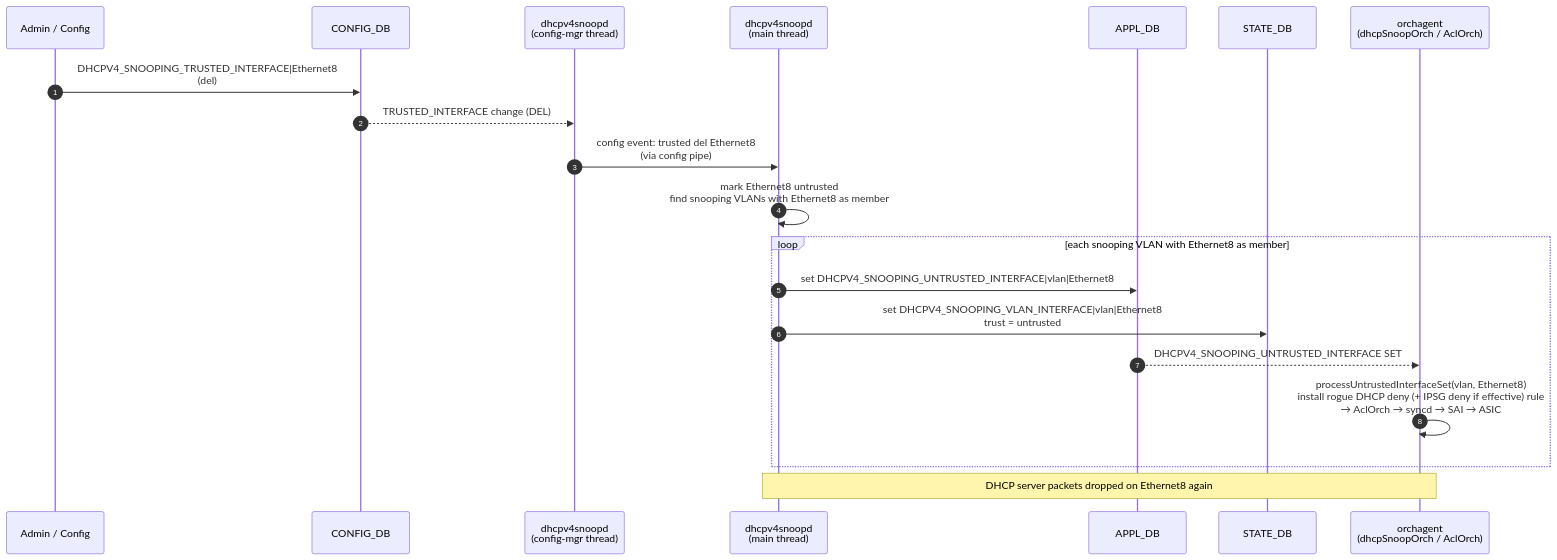
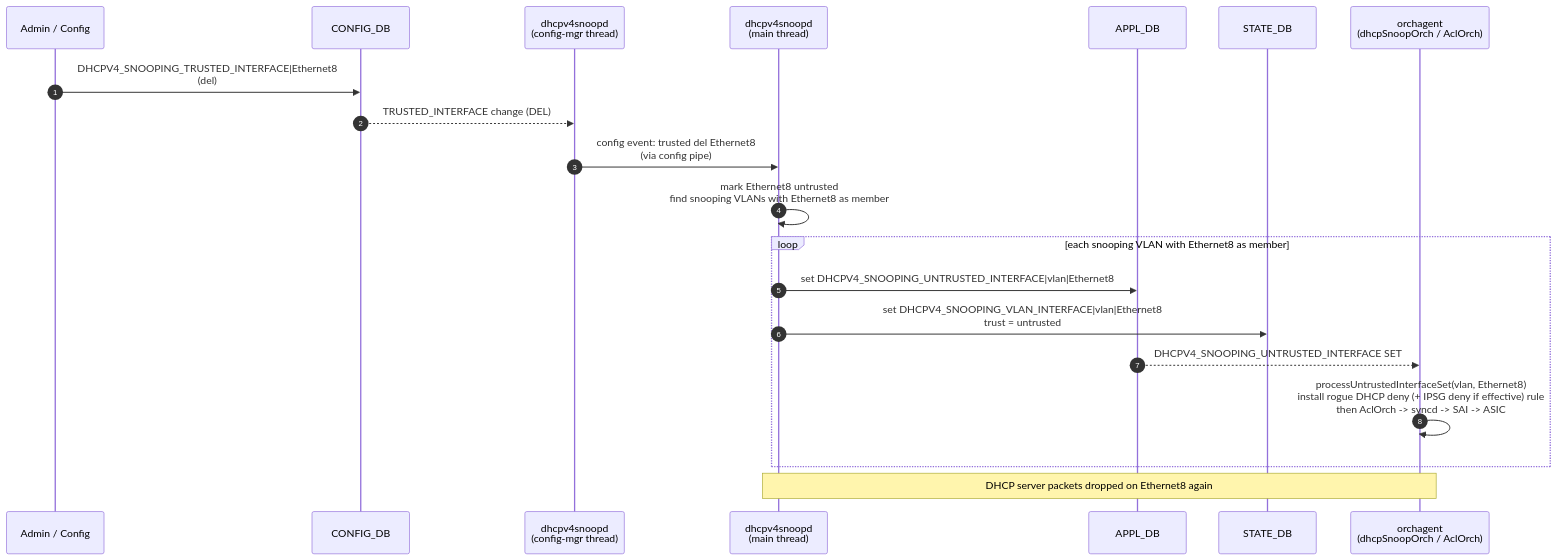
The sixth of 19 diagrams in doc/DHCPv4_snooping/DHCPv4-snooping-hld.md (sonic-net/SONiC), drawn with Mermaid before and after one commit. The commit also changed other lines of this file, not shown here.

````diff
--- a/doc/DHCPv4_snooping/DHCPv4-snooping-hld.md
+++ b/doc/DHCPv4_snooping/DHCPv4-snooping-hld.md
@@ -525,25 +525,25 @@
 ```mermaid
 sequenceDiagram
     autonumber
     participant ADM as Admin / Config
     participant CFG as CONFIG_DB
     participant MGR as dhcpv4snoopd<br/>(config-mgr thread)
     participant MAIN as dhcpv4snoopd<br/>(main thread)
     participant APPL as APPL_DB
     participant STATE as STATE_DB
     participant ORCH as orchagent<br/>(dhcpSnoopOrch / AclOrch)
 
     ADM->>CFG: DHCPV4_SNOOPING_TRUSTED_INTERFACE|Ethernet8<br/>(del)
     CFG-->>MGR: TRUSTED_INTERFACE change (DEL)
     MGR->>MAIN: config event: trusted del Ethernet8<br/>(via config pipe)
     MAIN->>MAIN: mark Ethernet8 untrusted<br/>find snooping VLANs with Ethernet8 as member
 
     loop each snooping VLAN with Ethernet8 as member
         MAIN->>APPL: set DHCPV4_SNOOPING_UNTRUSTED_INTERFACE|vlan|Ethernet8
         MAIN->>STATE: set DHCPV4_SNOOPING_VLAN_INTERFACE|vlan|Ethernet8<br/>trust = untrusted
         APPL-->>ORCH: DHCPV4_SNOOPING_UNTRUSTED_INTERFACE SET
-        ORCH->>ORCH: processUntrustedInterfaceSet(vlan, Ethernet8)<br/>install rogue DHCP deny (+ IPSG deny if effective) rule<br/>→ AclOrch → syncd → SAI → ASIC
+        ORCH->>ORCH: processUntrustedInterfaceSet(vlan, Ethernet8)<br/>install rogue DHCP deny (+ IPSG deny if effective) rule<br/>then AclOrch -> syncd -> SAI -> ASIC
     end
 
     Note over MAIN,ORCH: DHCP server packets dropped on Ethernet8 again
 ```
````
